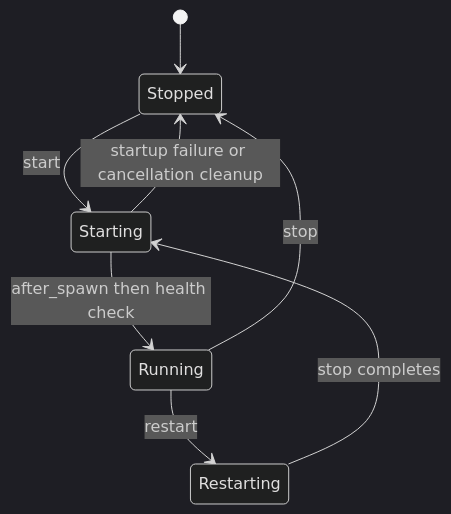
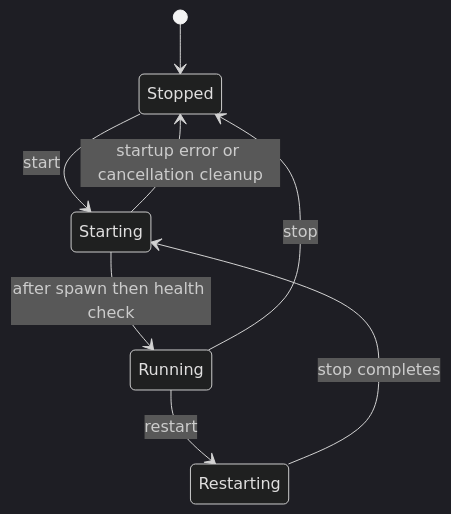
One commit to langchain-ai/deepagents changed the first of 2 diagrams in openwiki/testing/testing-guide.md. Above: the diagram before and after it, drawn with Mermaid (dark theme). The commit also changed other lines of this file and 63 other files, not shown here.

````diff
--- a/openwiki/testing/testing-guide.md
+++ b/openwiki/testing/testing-guide.md
@@ -65,10 +58,10 @@
 ```mermaid
 stateDiagram-v2
     [*] --> Stopped
     Stopped --> Starting: start
-    Starting --> Running: after_spawn then health check
-    Starting --> Stopped: startup failure or cancellation cleanup
+    Starting --> Running: after spawn then health check
+    Starting --> Stopped: startup error or cancellation cleanup
     Running --> Restarting: restart
     Restarting --> Starting: stop completes
     Running --> Stopped: stop
 ```
````
